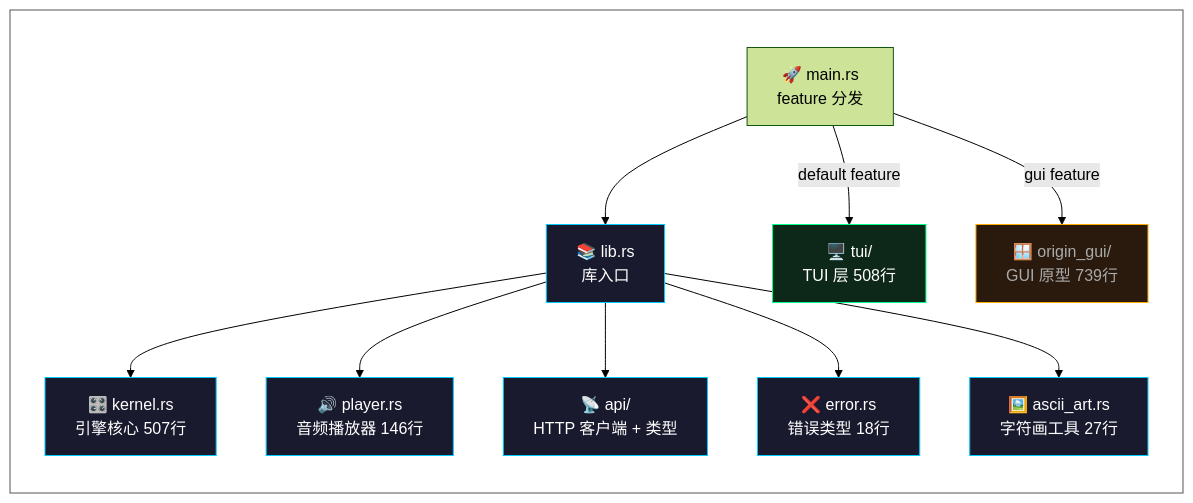
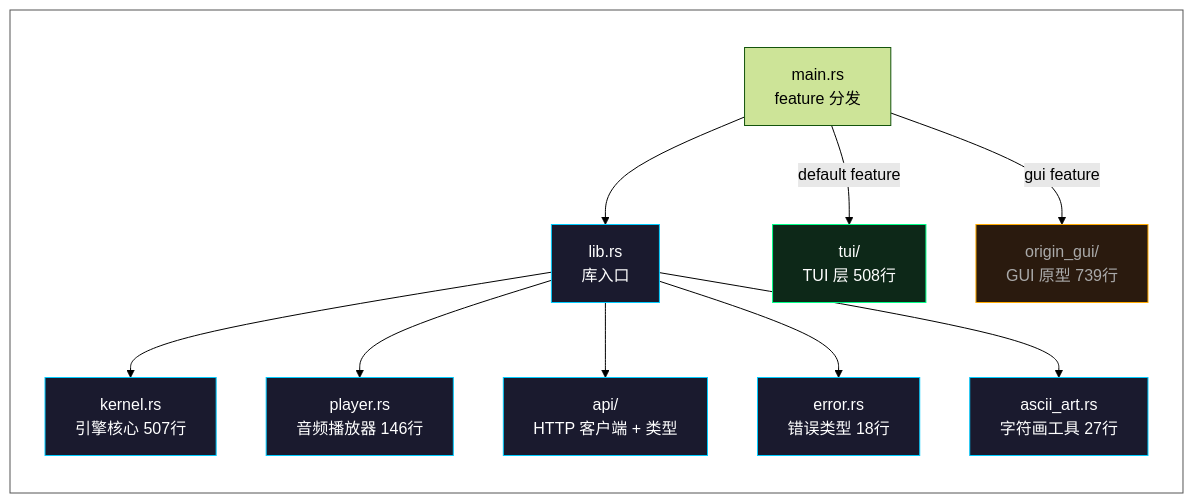
The second of 3 diagrams in README.md (missercatos/monster-player), drawn with Mermaid (forest theme) before and after one commit. The commit also changed other lines of this file and 15 other files, not shown here.

````diff
--- a/README.md
+++ b/README.md
@@ -49,34 +49,34 @@
 ```mermaid
 graph LR
     subgraph SRC["src/"]
         direction TB
-        LIB["📚 lib.rs<br/>库入口"]
-        MAIN["🚀 main.rs<br/>feature 分发"]
-        KERNEL2["🎛️ kernel.rs<br/>引擎核心 507行"]
-        PLAYER["🔊 player.rs<br/>音频播放器 146行"]
-        API["📡 api/<br/>HTTP 客户端 + 类型"]
-        ERROR["❌ error.rs<br/>错误类型 18行"]
-        ART["🖼️ ascii_art.rs<br/>字符画工具 27行"]
-        TUI["🖥️ tui/<br/>TUI 层 508行"]
-        GUI["🪟 origin_gui/<br/>GUI 原型 739行"]
+        LIB[" lib.rs<br/>库入口"]
+        MAIN[" main.rs<br/>feature 分发"]
+        KERNEL2[" kernel.rs<br/>引擎核心 507行"]
+        PLAYER[" player.rs<br/>音频播放器 146行"]
+        API[" api/<br/>HTTP 客户端 + 类型"]
+        ERROR[" error.rs<br/>错误类型 18行"]
+        ART[" ascii_art.rs<br/>字符画工具 27行"]
+        TUI[" tui/<br/>TUI 层 508行"]
+        GUI[" origin_gui/<br/>GUI 原型 739行"]
     end
 
     MAIN -->|default feature| TUI
     MAIN -->|gui feature| GUI
     MAIN --> LIB
     LIB --> KERNEL2
     LIB --> PLAYER
     LIB --> API
     LIB --> ERROR
     LIB --> ART
 
     style SRC fill:transparent,stroke:#555,color:#fff
     style LIB fill:#1a1a2e,stroke:#00ccff,color:#fff
     style KERNEL2 fill:#1a1a2e,stroke:#00ccff,color:#fff
     style PLAYER fill:#1a1a2e,stroke:#00ccff,color:#fff
     style API fill:#1a1a2e,stroke:#00ccff,color:#fff
     style ERROR fill:#1a1a2e,stroke:#00ccff,color:#fff
     style ART fill:#1a1a2e,stroke:#00ccff,color:#fff
     style TUI fill:#0d2818,stroke:#00ff88,color:#fff
     style GUI fill:#2a1a0e,stroke:#ffaa00,color:#aaa
 ```
````
